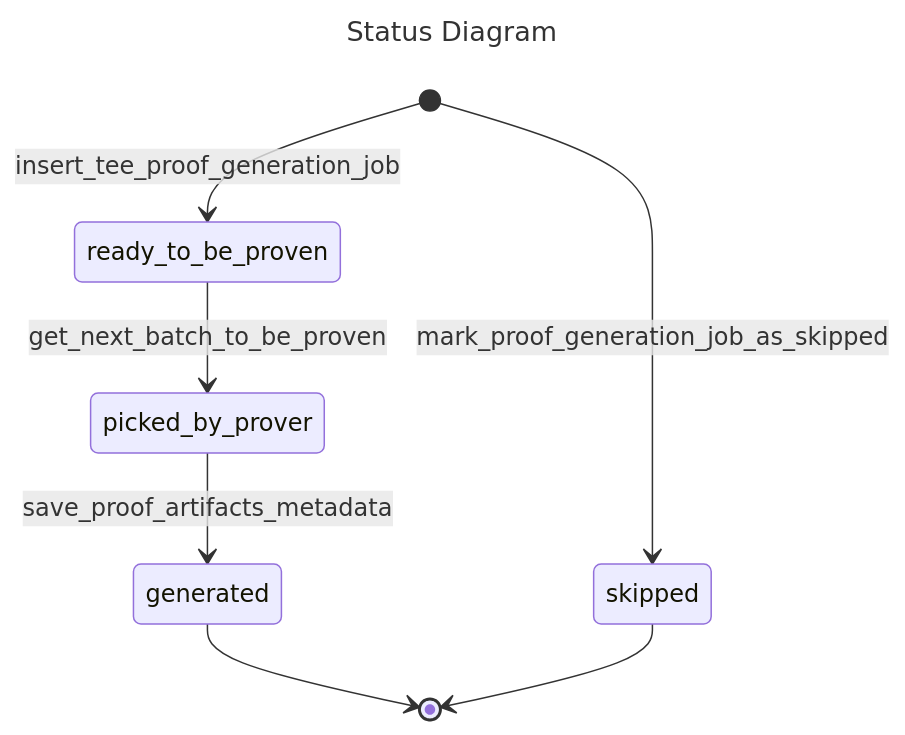
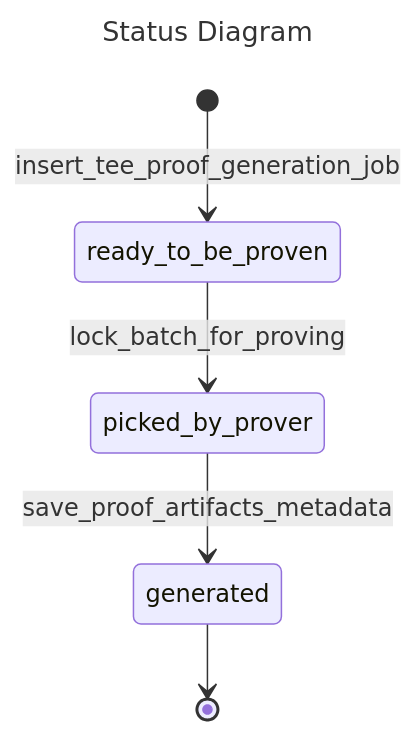
The diagram in core/lib/dal/doc/TeeProofGenerationDal.md (matter-labs/zksync-era), drawn with Mermaid before and after one commit. The commit also changed 5 other files, not shown here.

````diff
--- a/core/lib/dal/doc/TeeProofGenerationDal.md
+++ b/core/lib/dal/doc/TeeProofGenerationDal.md
@@ -9,14 +9,10 @@
 ```mermaid
 ---
 title: Status Diagram
 ---
 stateDiagram-v2
 [*] --> ready_to_be_proven : insert_tee_proof_generation_job
-ready_to_be_proven --> picked_by_prover : get_next_batch_to_be_proven
+ready_to_be_proven --> picked_by_prover : lock_batch_for_proving
 picked_by_prover --> generated : save_proof_artifacts_metadata
 generated --> [*]
-
-[*] --> skipped : mark_proof_generation_job_as_skipped
-skipped --> [*]
-
 ```
````
